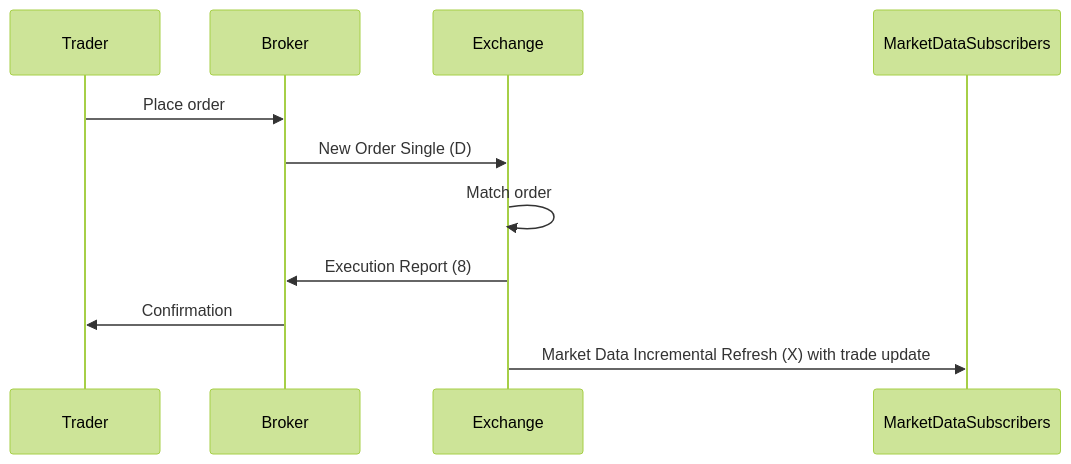
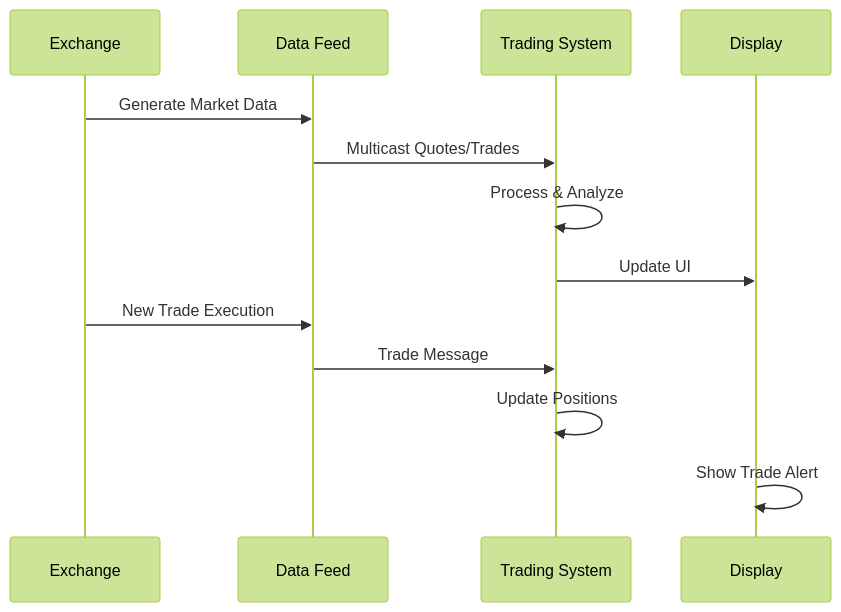
Before and after one commit to VrushankPatel/interview-matters: the diagram in market-data-overview-dissemination/README.md, drawn with Mermaid (forest theme). The commit also changed other lines of this file and 17 other files, not shown here.

Commit message:
kb: add 5 trading topics (fix-protocol, itch-protocol, ouch-protocol, market-data-overview-dissemination, order-entry-protocols) + initial restructuring

````diff
--- a/market-data-overview-dissemination/README.md
+++ b/market-data-overview-dissemination/README.md
@@ -83,13 +92,16 @@
 ```mermaid
 sequenceDiagram
-    participant Trader
-    participant Broker
     participant Exchange
+    participant Data Feed
+    participant Trading System
+    participant Display
 
-    Trader->>Broker: Place order
-    Broker->>Exchange: New Order Single (D)
-    Exchange->>Exchange: Match order
-    Exchange->>Broker: Execution Report (8)
-    Broker->>Trader: Confirmation
-    Exchange->>MarketDataSubscribers: Market Data Incremental Refresh (X) with trade update
+    Exchange->>Data Feed: Generate Market Data
+    Data Feed->>Trading System: Multicast Quotes/Trades
+    Trading System->>Trading System: Process & Analyze
+    Trading System->>Display: Update UI
+    Exchange->>Data Feed: New Trade Execution
+    Data Feed->>Trading System: Trade Message
+    Trading System->>Trading System: Update Positions
+    Display->>Display: Show Trade Alert
 ```
````
